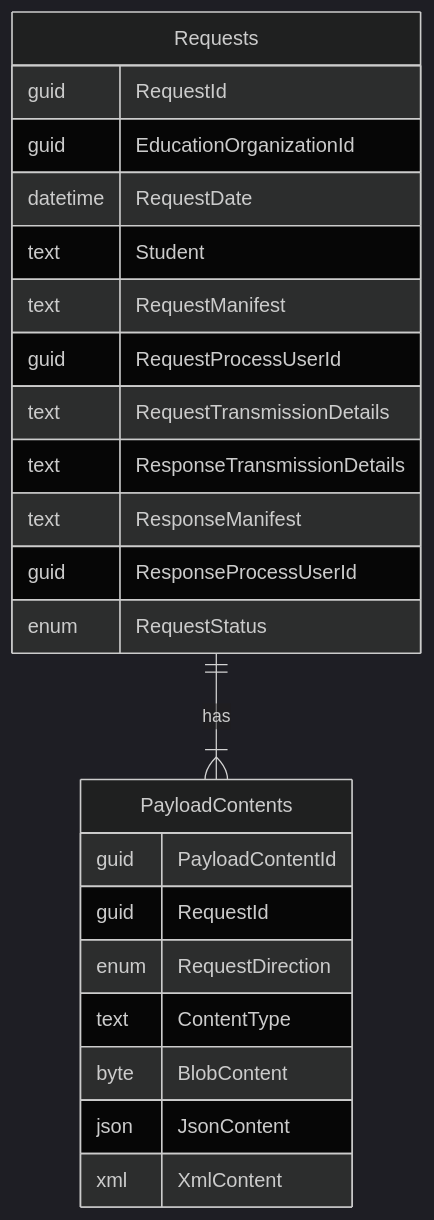
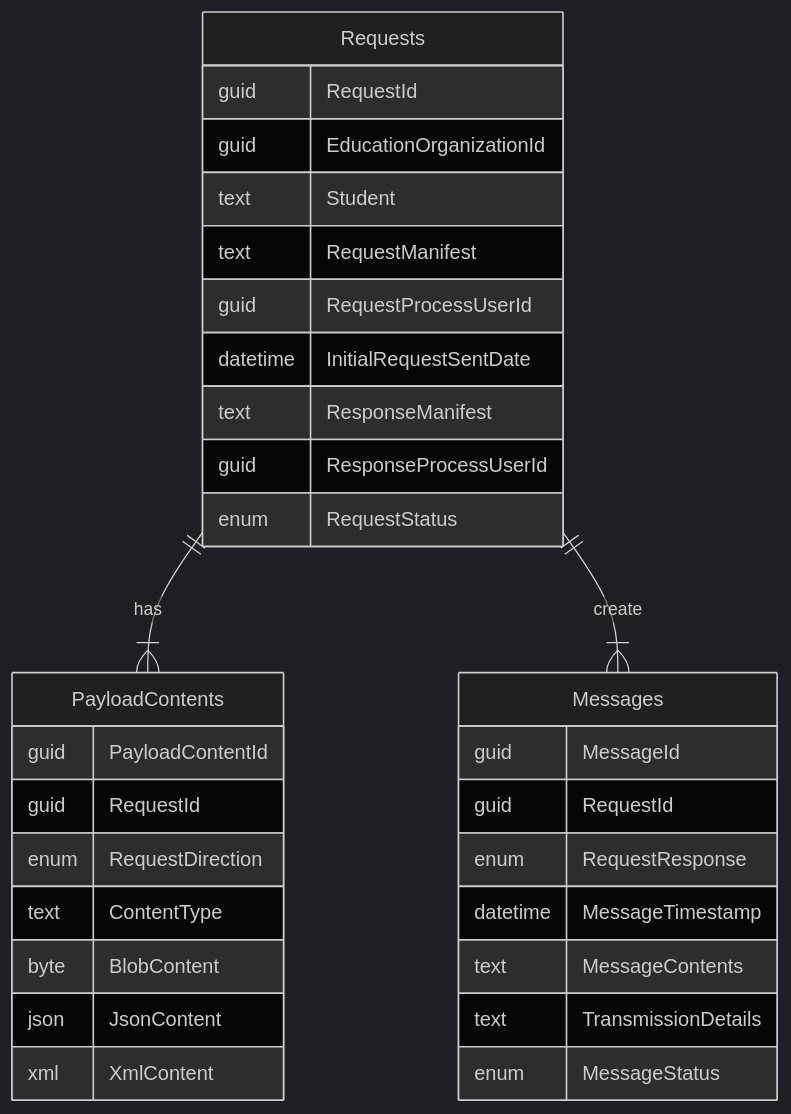
Before and after one commit to oregonnexus/broker-docs: the diagram in incoming_requests.md, drawn with Mermaid (dark theme). The commit also changed other lines of this file, not shown here.

Commit message:
Add messages.

````diff
--- a/incoming_requests.md
+++ b/incoming_requests.md
@@ -6,26 +14,34 @@
 ```mermaid
 erDiagram
     Requests ||--|{ PayloadContents : has
     Requests {
         guid RequestId
         guid EducationOrganizationId
-        datetime RequestDate
         text Student
         text RequestManifest
         guid RequestProcessUserId
-        text RequestTransmissionDetails
-        text ResponseTransmissionDetails
+        datetime InitialRequestSentDate
         text ResponseManifest
         guid ResponseProcessUserId
         enum RequestStatus
+    }
+    Requests ||--|{ Messages : create
+    Messages {
+    	guid MessageId
+    	guid RequestId
+    	enum RequestResponse
+    	datetime MessageTimestamp
+    	text MessageContents
+    	text TransmissionDetails
+    	enum MessageStatus
     }
     PayloadContents {
         guid PayloadContentId
         guid RequestId
         enum RequestDirection
         text ContentType
         byte BlobContent
         json JsonContent
         xml XmlContent
     }
 ```
````
